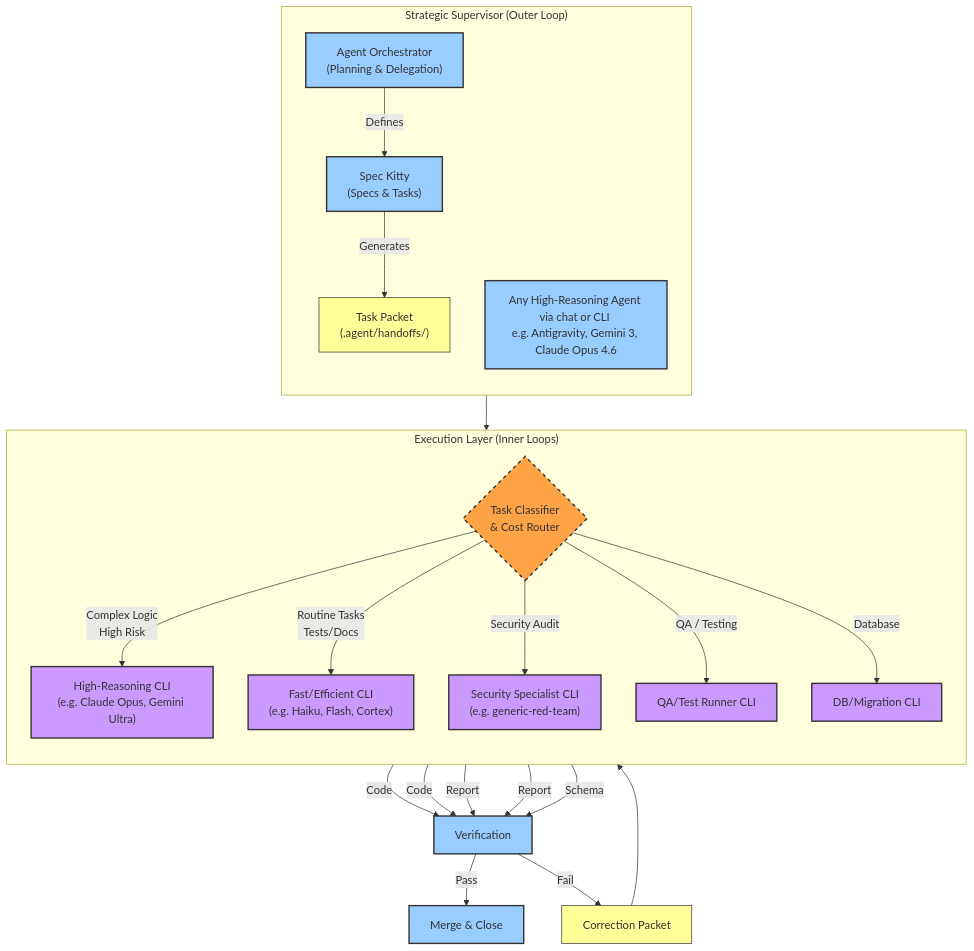
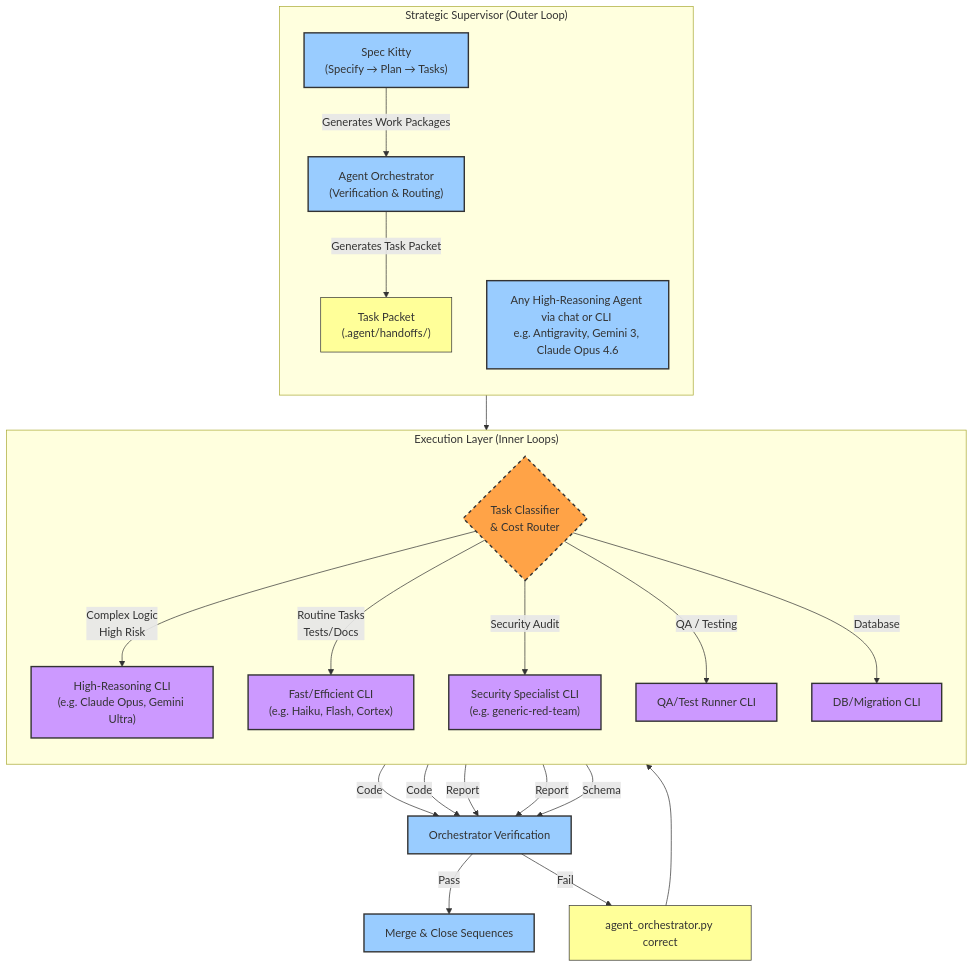
Before and after one commit to richfrem/Project_Sanctuary: the diagram in plugins/sanctuary-guardian/resources/diagrams/dual_loop_dynamic_routing.mmd, drawn with Mermaid. The commit also changed 230 other files, not shown here.

```diff
--- a/plugins/sanctuary-guardian/resources/diagrams/dual_loop_dynamic_routing.mmd
+++ b/plugins/sanctuary-guardian/resources/diagrams/dual_loop_dynamic_routing.mmd
@@ -1,60 +1,60 @@
 flowchart TD
     %% ----------------------------------------------------
     %% Dual-Loop Dynamic Routing & Orchestration
     %% ----------------------------------------------------
 
     %% Styles
     classDef strategy fill:#99ccff,stroke:#333,stroke-width:2px;
     classDef router fill:#ffa347,stroke:#333,stroke-width:2px,stroke-dasharray: 5 5;
     classDef execution fill:#cc99ff,stroke:#333,stroke-width:2px;
     classDef storage fill:#ffff99,stroke:#333,stroke-width:1px;
 
     %% ----------------------------------------------------
     %% 1. STRATEGIC SUPERVISOR (Outer Loop)
     %% ----------------------------------------------------
     subgraph Supervisor ["Strategic Supervisor (Outer Loop)"]
         direction TB
-        AgentOrchestrator["Agent Orchestrator<br>(Planning & Delegation)"]:::strategy
-        SpecKitty["Spec Kitty<br>(Specs & Tasks)"]:::strategy
+        SpecKitty["Spec Kitty<br>(Specify → Plan → Tasks)"]:::strategy
+        AgentOrchestrator["Agent Orchestrator<br>(Verification & Routing)"]:::strategy
         
-        AgentOrchestrator -->|Defines| SpecKitty
-        SpecKitty -->|Generates| TaskList["Task Packet<br>(.agent/handoffs/)"]:::storage
+        SpecKitty -->|Generates Work Packages| AgentOrchestrator
+        AgentOrchestrator -->|Generates Task Packet| TaskList["Task Packet<br>(.agent/handoffs/)"]:::storage
         
         NoteOuter[Any High-Reasoning Agent via chat or CLI <br>e.g. Antigravity, Gemini 3, Claude Opus 4.6]:::strategy
     end
 
     %% ----------------------------------------------------
     %% 2. INTELLIGENT ROUTER
     %% ----------------------------------------------------
     TaskList --> Router{"Task Classifier<br>& Cost Router"}:::router
 
     %% ----------------------------------------------------
     %% 3. EXECUTION LAYERS (Inner Loops)
     %% ----------------------------------------------------
     subgraph Execution ["Execution Layer (Inner Loops)"]
         direction TB
         
         %% Path A: Complex / Architectural
         Router -->|"Complex Logic<br>High Risk"| HighReason["High-Reasoning CLI<br>(e.g. Claude Opus, Gemini Ultra)"]:::execution
         
         %% Path B: Routine / Bulk
         Router -->|"Routine Tasks<br>Tests/Docs"| FastReason["Fast/Efficient CLI<br>(e.g. Haiku, Flash, Cortex)"]:::execution
         
         %% Path C: Specialized Personas (Any CLI)
         Router -->|"Security Audit"| SecAgent["Security Specialist CLI<br>(e.g. generic-red-team)"]:::execution
         Router -->|"QA / Testing"| QAAgent["QA/Test Runner CLI"]:::execution
         Router -->|"Database"| DBAgent["DB/Migration CLI"]:::execution
     end
 
     %% ----------------------------------------------------
     %% 4. FEEDBACK & MERGE
     %% ----------------------------------------------------
-    HighReason -->|Code| Verify["Verification"]:::strategy
+    HighReason -->|Code| Verify["Orchestrator Verification"]:::strategy
     FastReason -->|Code| Verify
     SecAgent -->|Report| Verify
     QAAgent -->|Report| Verify
     DBAgent -->|Schema| Verify
 
-    Verify -->|Pass| Merge["Merge & Close"]:::strategy
-    Verify -->|Fail| Correction["Correction Packet"]:::storage
+    Verify -->|Pass| Merge["Merge & Close Sequences"]:::strategy
+    Verify -->|Fail| Correction["agent_orchestrator.py correct"]:::storage
     Correction --> Router
```
